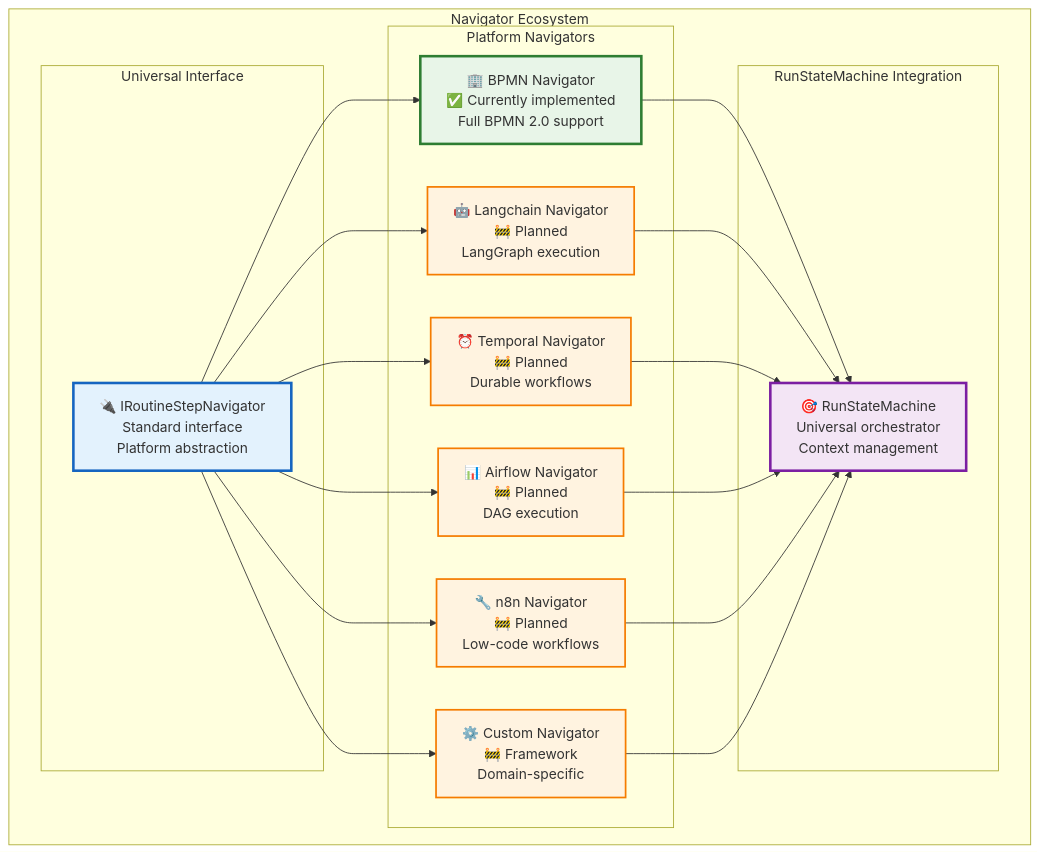
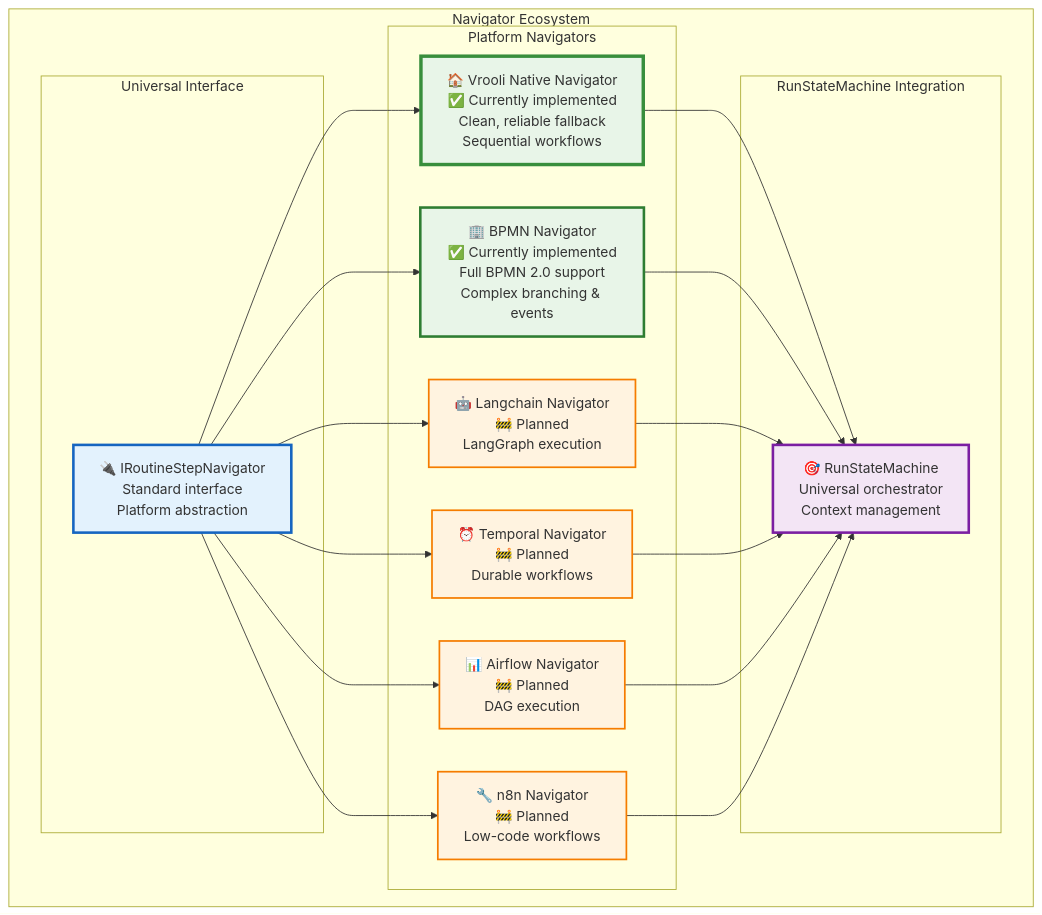
One commit to Vrooli/Vrooli changed the diagram in docs/architecture/execution/tiers/tier2-process-intelligence/navigators.md. Above: the diagram before and after it, drawn with Mermaid. The commit also changed other lines of this file and 19 other files, not shown here.

````diff
--- a/docs/architecture/execution/tiers/tier2-process-intelligence/navigators.md
+++ b/docs/architecture/execution/tiers/tier2-process-intelligence/navigators.md
@@ -35,45 +35,47 @@
 ```mermaid
 graph TB
     subgraph "Navigator Ecosystem"
         subgraph "Universal Interface"
             INT[🔌 IRoutineStepNavigator<br/>Standard interface<br/>Platform abstraction]
         end
         
         subgraph "Platform Navigators"
-            BPMN[🏢 BPMN Navigator<br/>✅ Currently implemented<br/>Full BPMN 2.0 support]
+            CUSTOM[🏠 Vrooli Native Navigator<br/>✅ Currently implemented<br/>Clean, reliable fallback<br/>Sequential workflows]
+            BPMN[🏢 BPMN Navigator<br/>✅ Currently implemented<br/>Full BPMN 2.0 support<br/>Complex branching & events]
             LC[🤖 Langchain Navigator<br/>🚧 Planned<br/>LangGraph execution]
             TEMP[⏰ Temporal Navigator<br/>🚧 Planned<br/>Durable workflows]
             AF[📊 Airflow Navigator<br/>🚧 Planned<br/>DAG execution]
             N8N[🔧 n8n Navigator<br/>🚧 Planned<br/>Low-code workflows]
-            CUSTOM[⚙️ Custom Navigator<br/>🚧 Framework<br/>Domain-specific]
         end
         
         subgraph "RunStateMachine Integration"
             RSM[🎯 RunStateMachine<br/>Universal orchestrator<br/>Context management]
         end
     end
     
+    INT --> CUSTOM
     INT --> BPMN
     INT --> LC
     INT --> TEMP
     INT --> AF
     INT --> N8N
-    INT --> CUSTOM
     
+    CUSTOM --> RSM
     BPMN --> RSM
     LC --> RSM
     TEMP --> RSM
     AF --> RSM
     N8N --> RSM
-    CUSTOM --> RSM
     
     classDef implemented fill:#e8f5e8,stroke:#2e7d32,stroke-width:3px
     classDef planned fill:#fff3e0,stroke:#f57c00,stroke-width:2px
     classDef interface fill:#e3f2fd,stroke:#1565c0,stroke-width:3px
     classDef core fill:#f3e5f5,stroke:#7b1fa2,stroke-width:3px
+    classDef native fill:#e8f5e8,stroke:#388e3c,stroke-width:4px
     
-    class BPMN implemented
-    class LC,TEMP,AF,N8N,CUSTOM planned
+    class CUSTOM,BPMN implemented
+    class CUSTOM native
+    class LC,TEMP,AF,N8N planned
     class INT interface
     class RSM core
 ```
````
